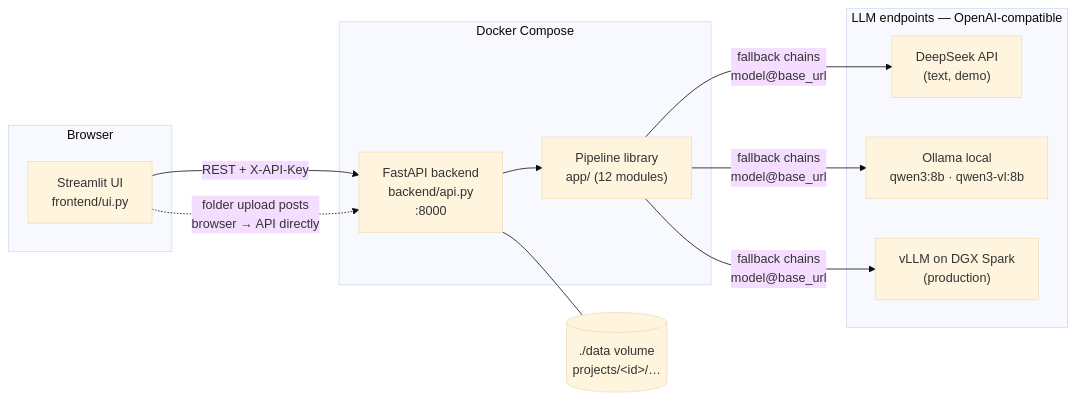
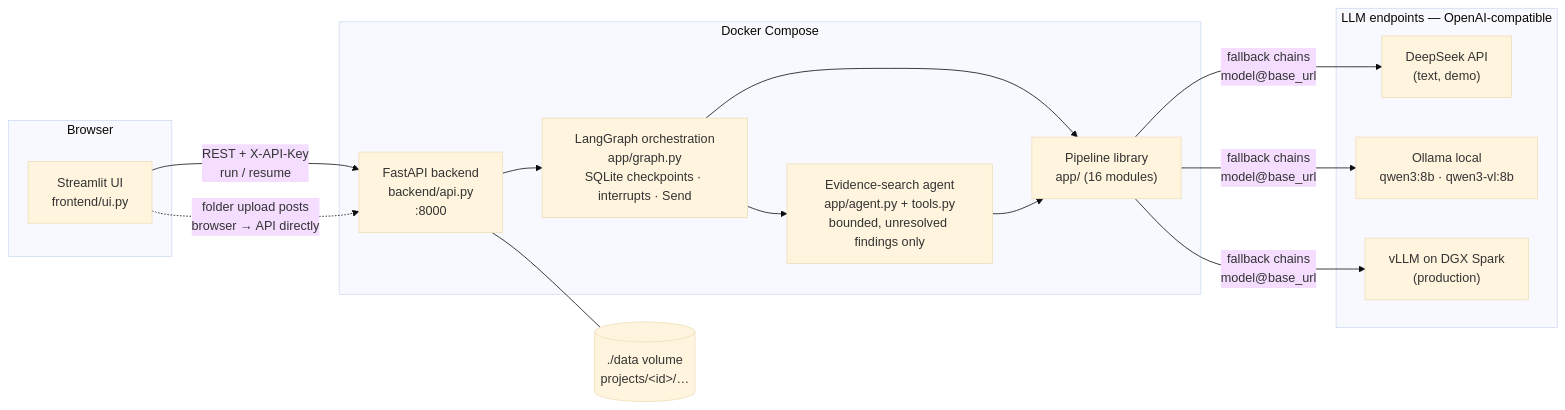
The diagram in docs/detailed_specification.md (tender-eval-ai/tender-evaluation-assistant), drawn with Mermaid (base theme) before and after one commit. The commit also changed other lines of this file and 3 other files, not shown here.

First line of the commit message:
Phase D: docs for the LangGraph orchestration, grounding and evidence-search agent

````diff
--- a/docs/detailed_specification.md
+++ b/docs/detailed_specification.md
@@ -48,20 +56,23 @@
 ```mermaid
 flowchart LR
     subgraph browser [Browser]
       UI["Streamlit UI<br/>frontend/ui.py"]
     end
     subgraph docker [Docker Compose]
       API["FastAPI backend<br/>backend/api.py<br/>:8000"]
-      LIB["Pipeline library<br/>app/ (12 modules)"]
+      GRAPH["LangGraph orchestration<br/>app/graph.py<br/>SQLite checkpoints · interrupts · Send"]
+      LIB["Pipeline library<br/>app/ (16 modules)"]
+      AGENT["Evidence-search agent<br/>app/agent.py + tools.py<br/>bounded, unresolved findings only"]
     end
     subgraph llm [LLM endpoints — OpenAI-compatible]
       DS["DeepSeek API<br/>(text, demo)"]
       OL["Ollama local<br/>qwen3:8b · qwen3-vl:8b"]
       VL["vLLM on DGX Spark<br/>(production)"]
     end
-    UI -- "REST + X-API-Key" --> API
+    UI -- "REST + X-API-Key<br/>run / resume" --> API
     UI -. "folder upload posts<br/>browser → API directly" .-> API
-    API --> LIB
+    API --> GRAPH --> LIB
+    GRAPH --> AGENT --> LIB
     LIB -- "fallback chains<br/>model@base_url" --> DS & OL & VL
     API --- DATA[("./data volume<br/>projects/&lt;id&gt;/…")]
 ```
````
